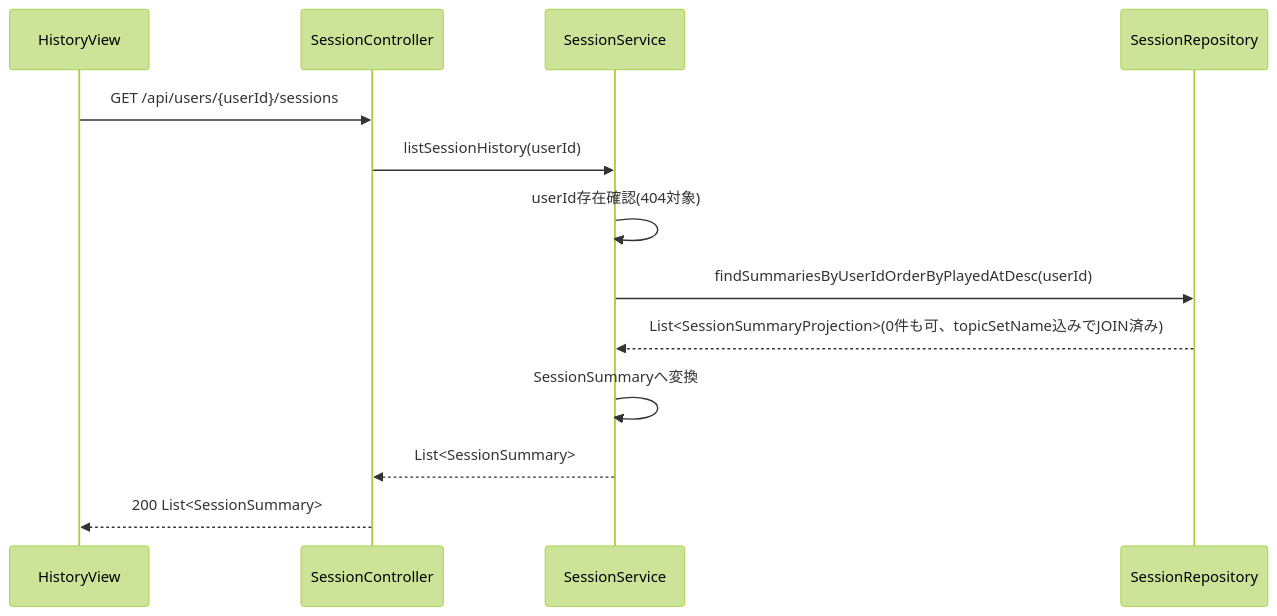
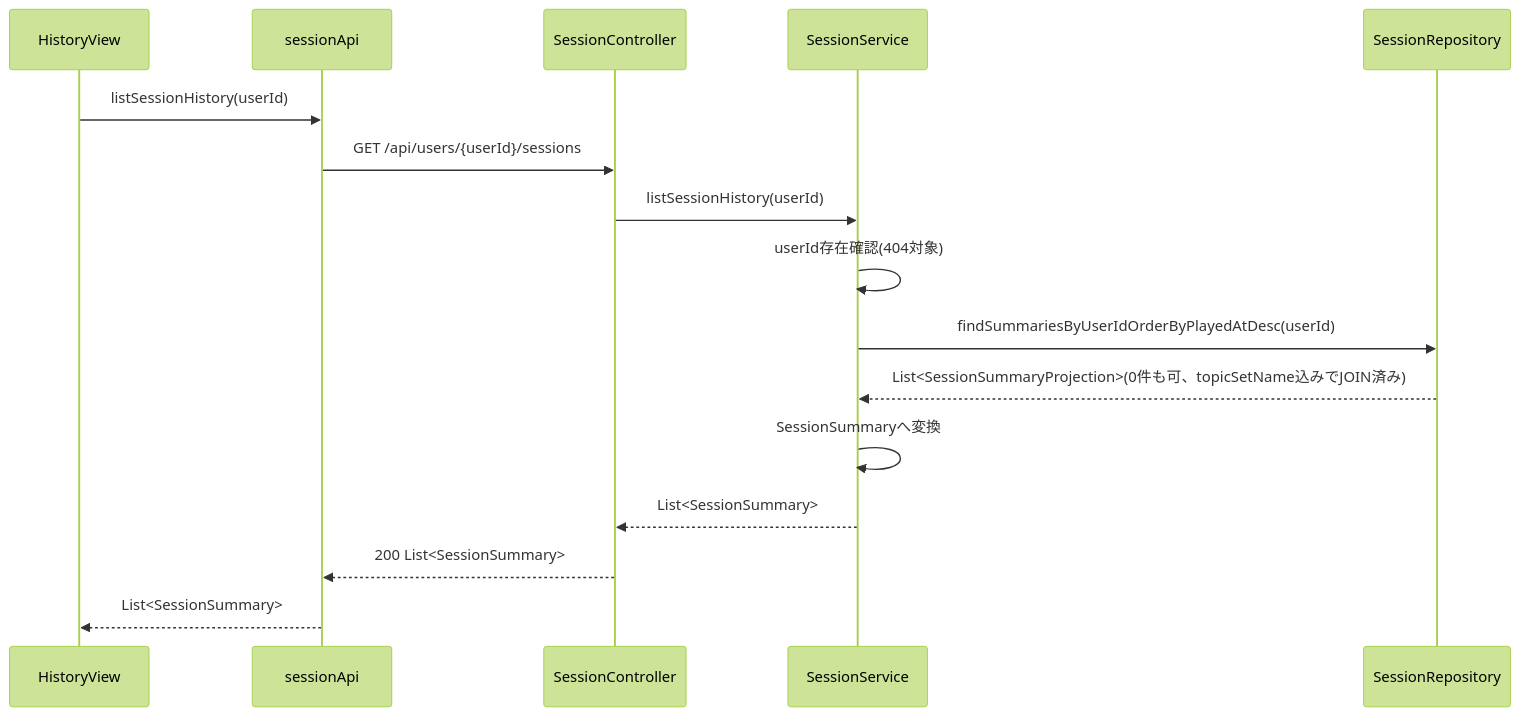
The second of 7 diagrams in docs/30_detail-design/sequence.md (jelly1128/typing-app), drawn with Mermaid (forest theme) before and after one commit. The commit also changed other lines of this file and 22 other files, not shown here.

````diff
--- a/docs/30_detail-design/sequence.md
+++ b/docs/30_detail-design/sequence.md
@@ -57,16 +57,19 @@
 ```mermaid
 sequenceDiagram
     participant View as HistoryView
+    participant Api as sessionApi
     participant Ctrl as SessionController
     participant Svc as SessionService
     participant Repo as SessionRepository
 
-    View->>Ctrl: GET /api/users/{userId}/sessions
+    View->>Api: listSessionHistory(userId)
+    Api->>Ctrl: GET /api/users/{userId}/sessions
     Ctrl->>Svc: listSessionHistory(userId)
     Svc->>Svc: userId存在確認(404対象)
     Svc->>Repo: findSummariesByUserIdOrderByPlayedAtDesc(userId)
     Repo-->>Svc: List<SessionSummaryProjection>(0件も可、topicSetName込みでJOIN済み)
     Svc->>Svc: SessionSummaryへ変換
     Svc-->>Ctrl: List<SessionSummary>
-    Ctrl-->>View: 200 List<SessionSummary>
+    Ctrl-->>Api: 200 List<SessionSummary>
+    Api-->>View: List<SessionSummary>
 ```
````
